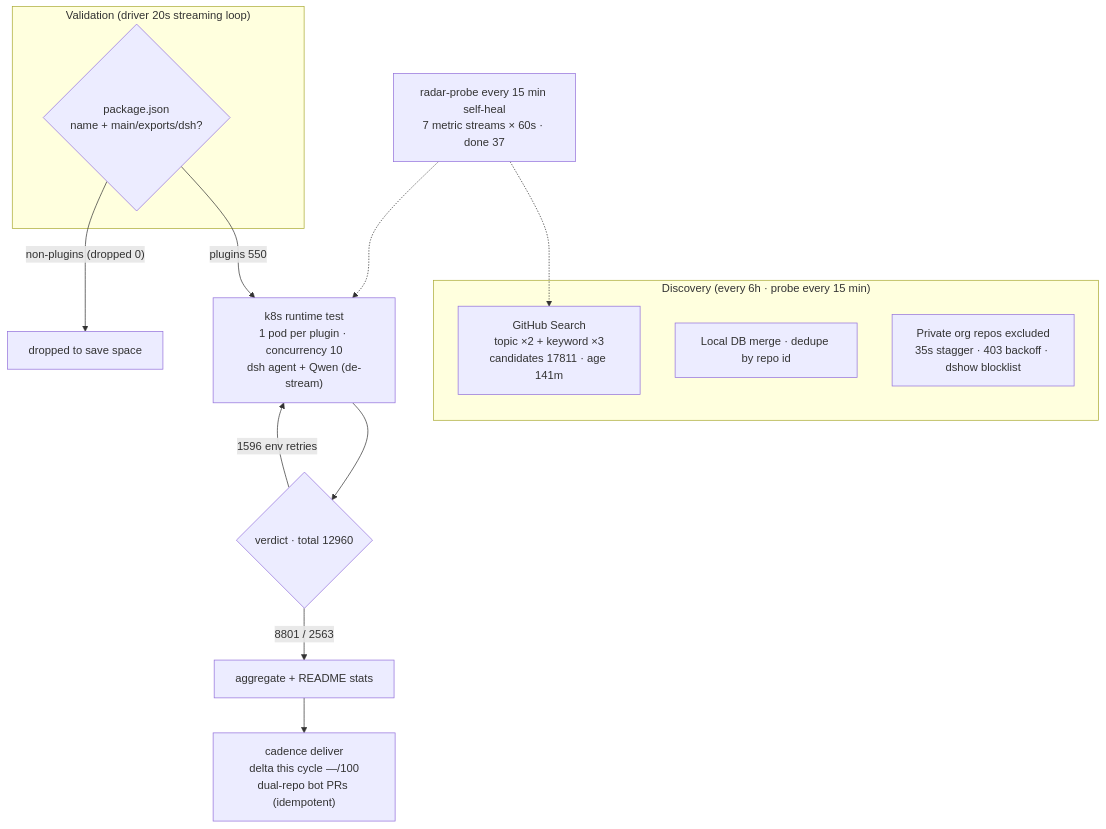
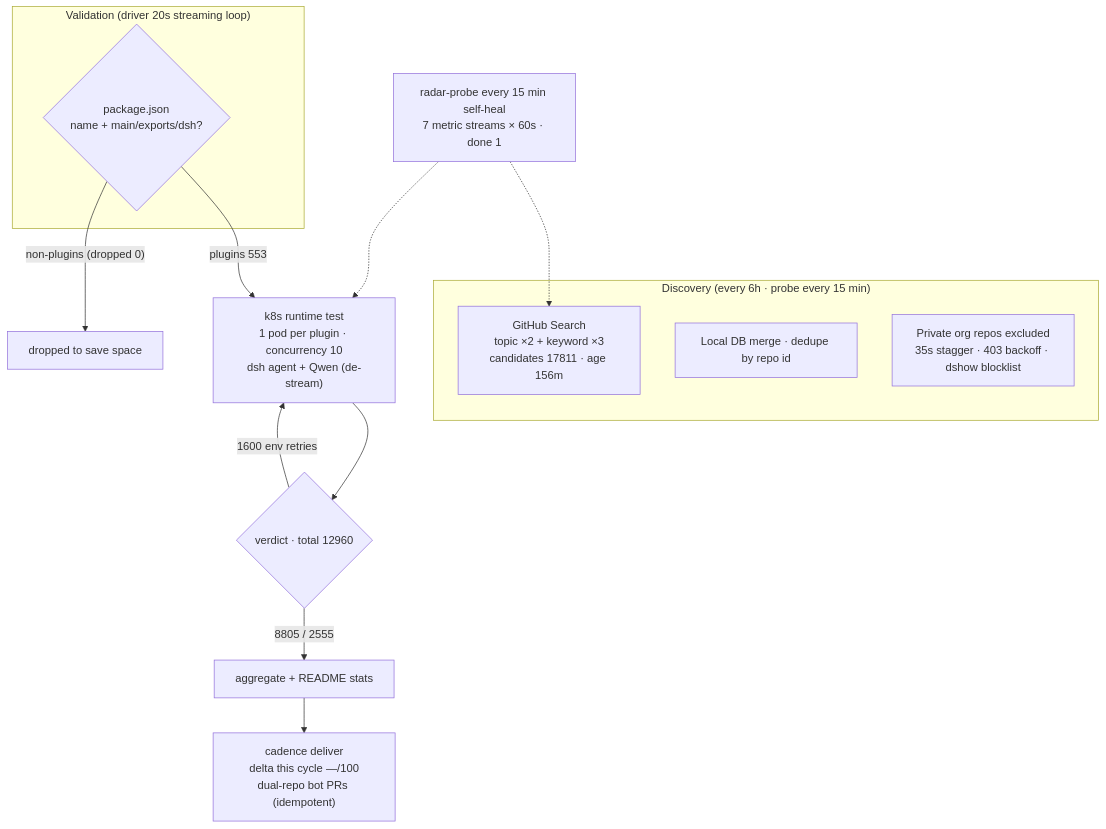
One commit to AdamPlatin123/awesome-dsh-plugins changed the diagram in README.en-US.md. Above: the diagram before and after it, drawn with Mermaid. The commit also changed other lines of this file and 5 other files, not shown here.

````diff
--- a/README.en-US.md
+++ b/README.en-US.md
@@ -45,20 +45,20 @@
 ```mermaid
 flowchart TB
     subgraph Discovery["Discovery (every 6h · probe every 15 min)"]
-        A1["GitHub Search<br/>topic ×2 + keyword ×3<br/>candidates 17811 · age 141m"]
+        A1["GitHub Search<br/>topic ×2 + keyword ×3<br/>candidates 17811 · age 156m"]
         A2["Local DB merge · dedupe by repo id"]
         A3["Private org repos excluded<br/>35s stagger · 403 backoff · dshow blocklist"]
     end
     subgraph Validation["Validation (driver 20s streaming loop)"]
         B1{"package.json<br/>name + main/exports/dsh?"}
     end
-    B1 -->|"plugins 550"| C1["k8s runtime test<br/>1 pod per plugin · concurrency 10<br/>dsh agent + Qwen (de-stream)"]
+    B1 -->|"plugins 553"| C1["k8s runtime test<br/>1 pod per plugin · concurrency 10<br/>dsh agent + Qwen (de-stream)"]
     B1 -->|"non-plugins (dropped 0)"| B3["dropped to save space"]
     C1 --> D1{"verdict · total 12960"}
-    D1 -->|"8801 / 2563"| E1["aggregate + README stats"]
-    D1 -->|"1596 env retries"| C1
+    D1 -->|"8805 / 2555"| E1["aggregate + README stats"]
+    D1 -->|"1600 env retries"| C1
     E1 --> E2["cadence deliver<br/>delta this cycle —/100<br/>dual-repo bot PRs (idempotent)"]
-    M["radar-probe every 15 min self-heal<br/>7 metric streams × 60s · done 37"]
+    M["radar-probe every 15 min self-heal<br/>7 metric streams × 60s · done 1"]
     M -.-> A1
     M -.-> C1
 ```
````
